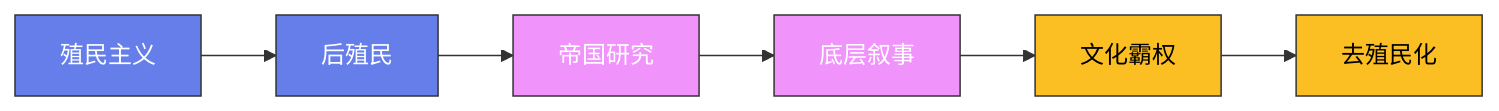
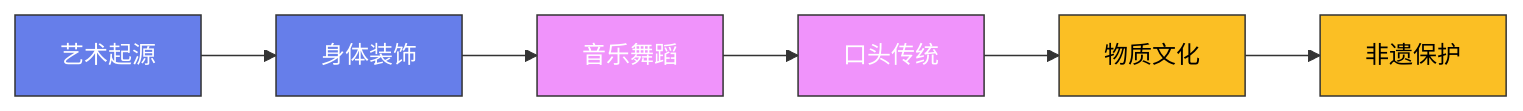
Before and after one commit to Fengur/Fengur.github.io: the diagram in content/posts/ModelCreate/人类学/15-都市人类学.md, drawn with Mermaid. The commit also changed other lines of this file and 118 other files, not shown here.

````diff
--- a/content/posts/ModelCreate/人类学/15-都市人类学.md
+++ b/content/posts/ModelCreate/人类学/15-都市人类学.md
@@ -19,16 +18,16 @@
 ```mermaid
 graph LR
-    A["殖民主义"] --> B["后殖民"]
-    B --> C["帝国研究"]
-    C --> D["底层叙事"]
-    D --> E["文化霸权"]
-    E --> F["去殖民化"]
+    A["艺术起源"] --> B["身体装饰"]
+    B --> C["音乐舞蹈"]
+    C --> D["口头传统"]
+    D --> E["物质文化"]
+    E --> F["非遗保护"]
 
     classDef early fill:#667eea,stroke:#333,color:white
     classDef mid fill:#f093fb,stroke:#333,color:white
     classDef modern fill:#fbbf24,stroke:#333,color:black
 
     class A,B early
     class C,D mid
     class E,F modern
 ```
````
